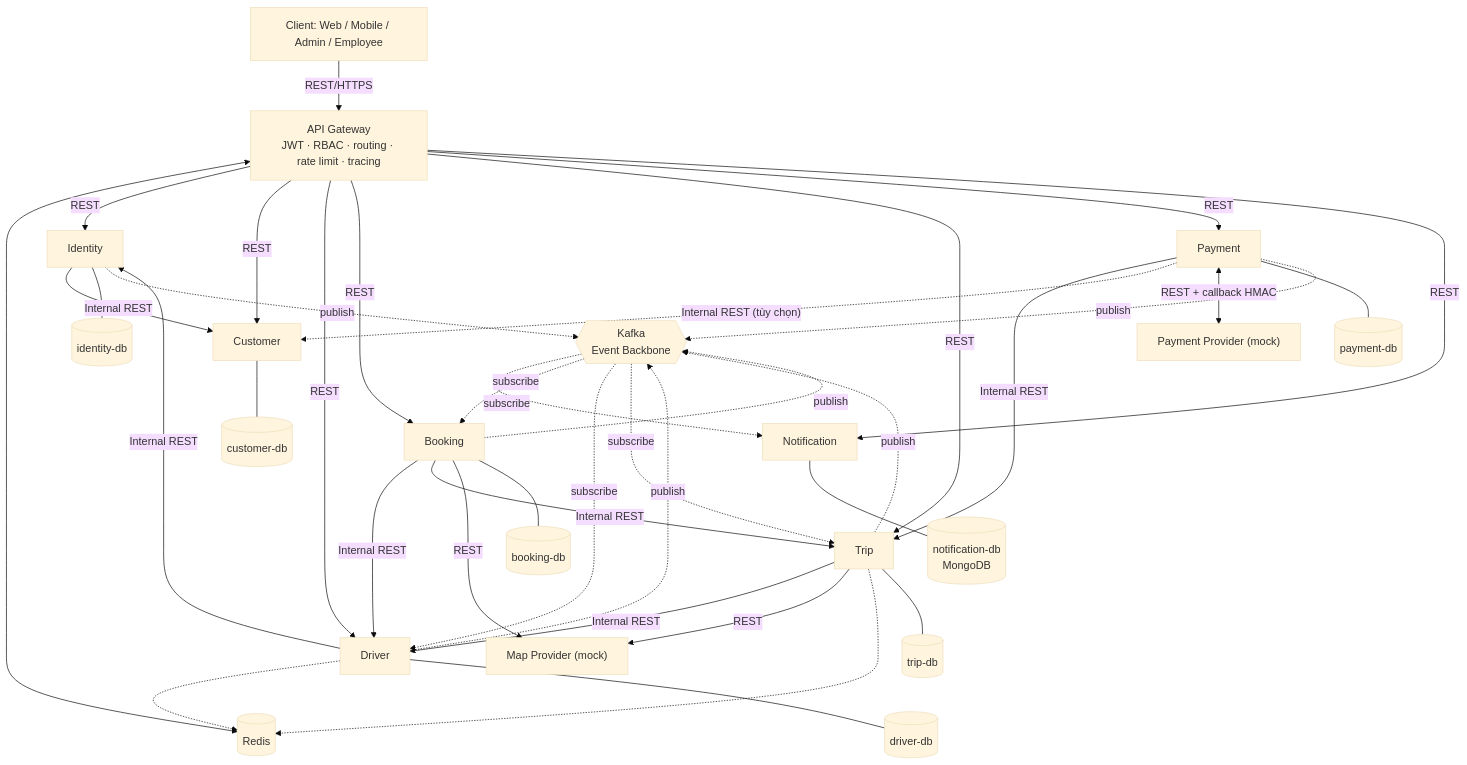
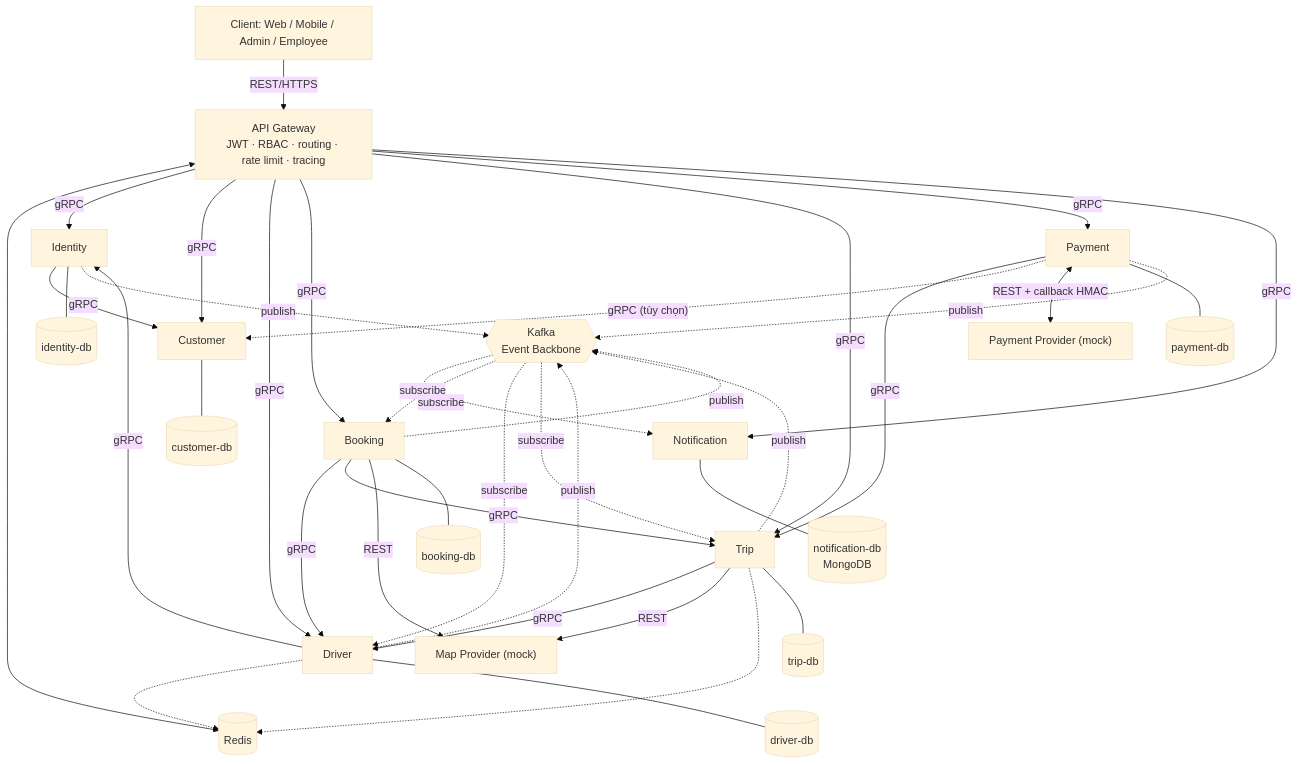
The first of 12 diagrams in microservice_design.md (vthaix/23674231_TranVanThai_Cabsystem), drawn with Mermaid (base theme) before and after one commit. The commit also changed other lines of this file and 65 other files, not shown here.

Commit message:
Migrate internal communication to gRPC and simplify booking input

````diff
--- a/microservice_design.md
+++ b/microservice_design.md
@@ -51,47 +51,47 @@
 ```mermaid
 flowchart TB
     CL["Client: Web / Mobile / Admin / Employee"] -->|"REST/HTTPS"| GW["API Gateway<br/>JWT · RBAC · routing · rate limit · tracing"]
     GW <--> RD[("Redis")]
 
-    GW -->|REST| ID["Identity"]
-    GW -->|REST| CU["Customer"]
-    GW -->|REST| DR["Driver"]
-    GW -->|REST| BK["Booking"]
-    GW -->|REST| TR["Trip"]
-    GW -->|REST| PY["Payment"]
-    GW -->|REST| NT["Notification"]
+    GW -->|gRPC| ID["Identity"]
+    GW -->|gRPC| CU["Customer"]
+    GW -->|gRPC| DR["Driver"]
+    GW -->|gRPC| BK["Booking"]
+    GW -->|gRPC| TR["Trip"]
+    GW -->|gRPC| PY["Payment"]
+    GW -->|gRPC| NT["Notification"]
 
-    ID -->|"Internal REST"| CU
-    DR -->|"Internal REST"| ID
-    BK -->|"Internal REST"| DR
-    BK -->|"Internal REST"| TR
-    TR -->|"Internal REST"| DR
-    PY -->|"Internal REST"| TR
-    PY -.->|"Internal REST (tùy chọn)"| CU
+    ID -->|"gRPC"| CU
+    DR -->|"gRPC"| ID
+    BK -->|"gRPC"| DR
+    BK -->|"gRPC"| TR
+    TR -->|"gRPC"| DR
+    PY -->|"gRPC"| TR
+    PY -.->|"gRPC (tùy chọn)"| CU
 
     BK -->|REST| MAP["Map Provider (mock)"]
     TR -->|REST| MAP
     PY <-->|"REST + callback HMAC"| PP["Payment Provider (mock)"]
 
     DR -.-> RD
     TR -.-> RD
 
     ID --- IDDB[("identity-db")]
     CU --- CUDB[("customer-db")]
     DR --- DRDB[("driver-db")]
     BK --- BKDB[("booking-db")]
     TR --- TRDB[("trip-db")]
     PY --- PYDB[("payment-db")]
     NT --- NTDB[("notification-db<br/>MongoDB")]
 
     KF{{"Kafka<br/>Event Backbone"}}
     ID -.->|publish| KF
     DR -.->|publish| KF
     BK -.->|publish| KF
     TR -.->|publish| KF
     PY -.->|publish| KF
     KF -.->|subscribe| NT
     KF -.->|subscribe| BK
     KF -.->|subscribe| DR
     KF -.->|subscribe| TR
 ```
````
